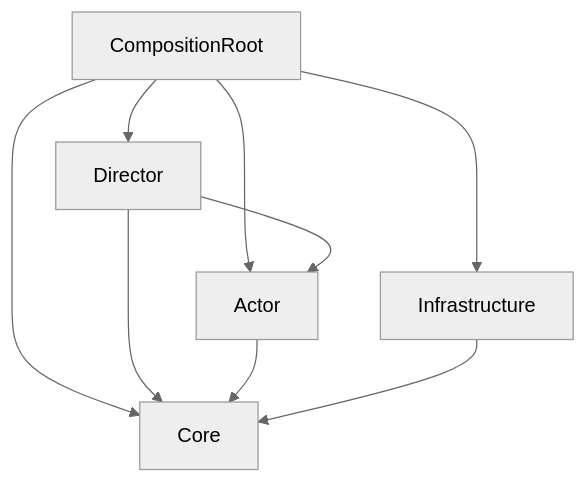
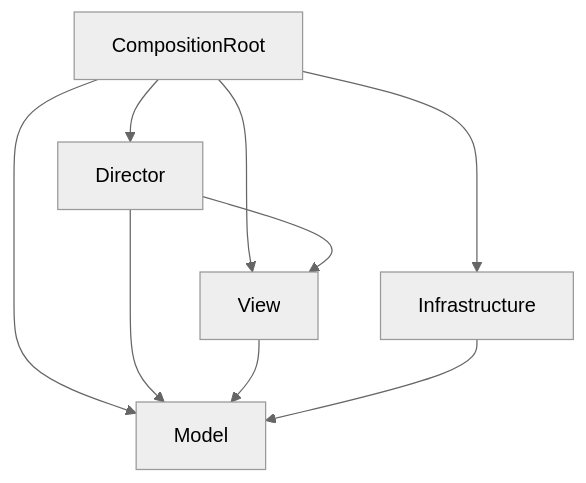
The diagram in README.md (kageki128/unity-single-scene-template), drawn with Mermaid (neutral theme) before and after one commit. The commit also changed other lines of this file and 146 other files, not shown here.

````diff
--- a/README.md
+++ b/README.md
@@ -122,11 +108,11 @@
 ```mermaid
 graph TB
     CompositionRoot --> Director
-    CompositionRoot --> Actor
-    CompositionRoot --> Core
+    CompositionRoot --> View
+    CompositionRoot --> Model
     CompositionRoot --> Infrastructure
-    Director --> Actor
-    Director --> Core
-    Actor --> Core
-    Infrastructure --> Core
+    Director --> View
+    Director --> Model
+    View --> Model
+    Infrastructure --> Model
 ```
````
